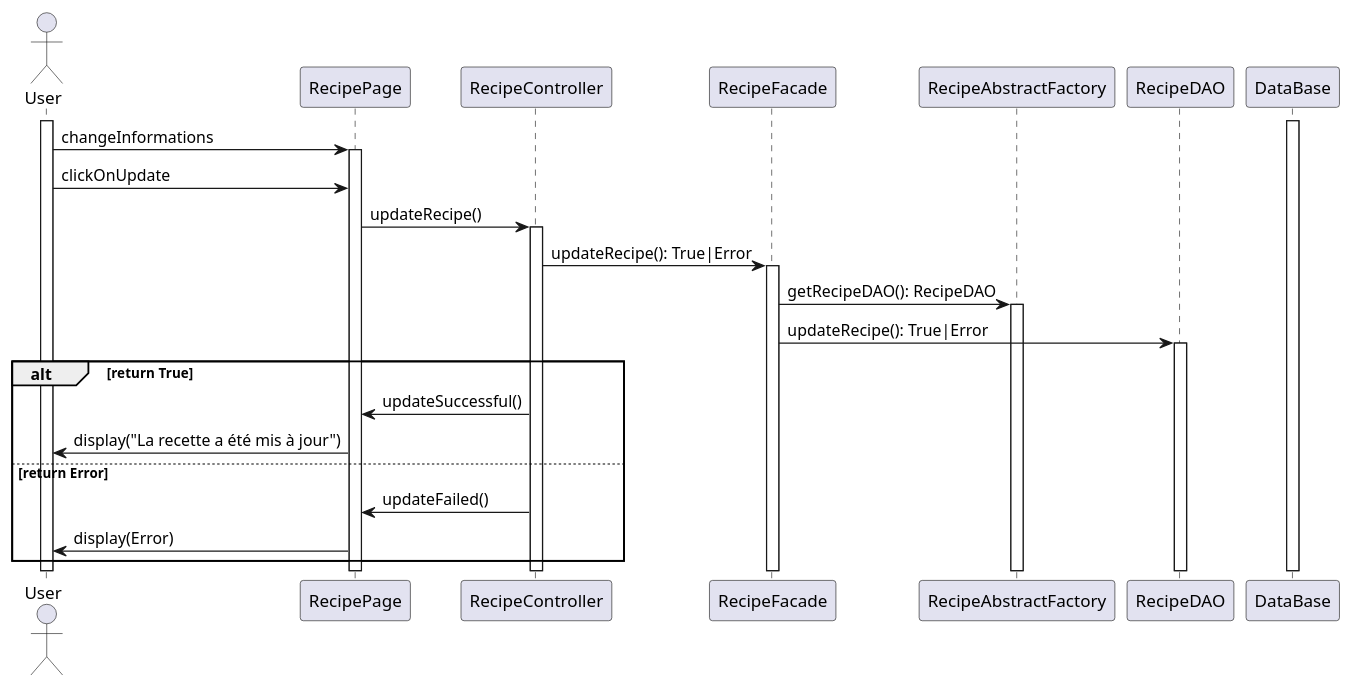
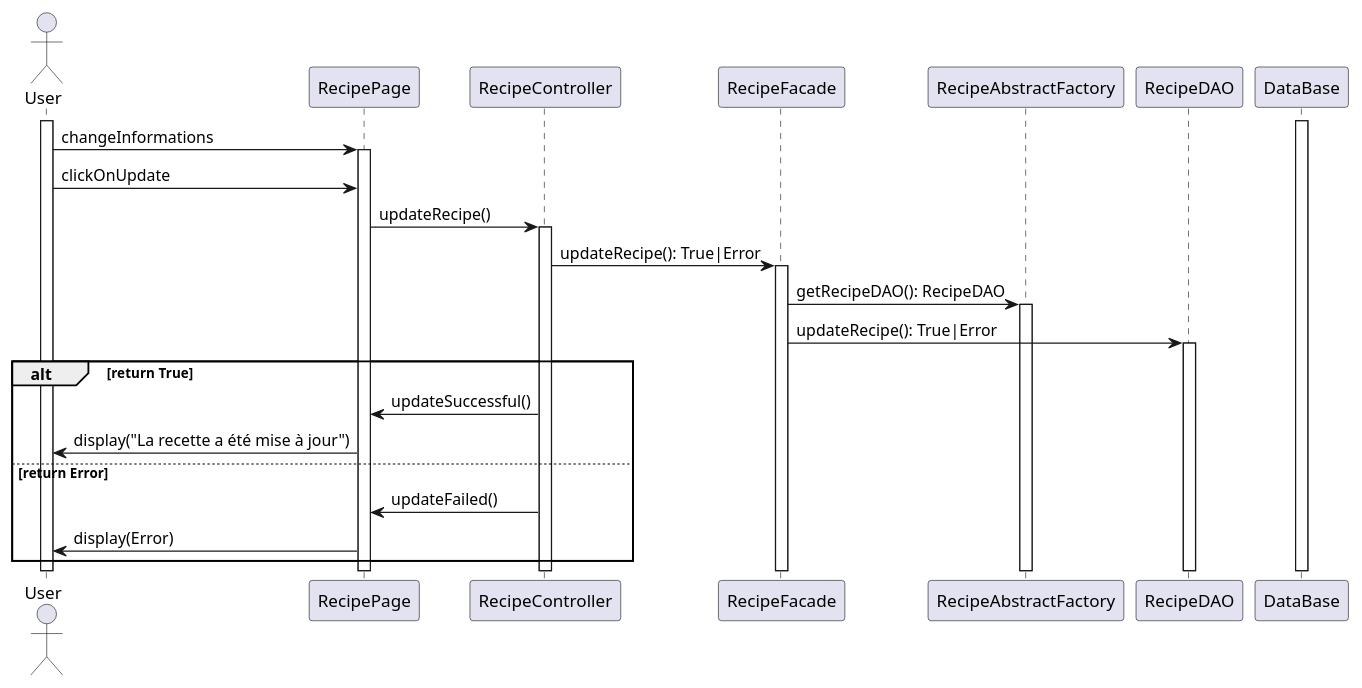
One commit to iusildra/WineCellar changed the diagram in doc/reports/prototype/plantuml/RecipeManagement/updateRecipeSequence.plantuml. Above: the diagram before and after it, drawn with PlantUML. The commit also changed 3 other files, not shown here.

Commit message:
diagramm for ingredient management

```diff
--- a/doc/reports/prototype/plantuml/RecipeManagement/updateRecipeSequence.plantuml
+++ b/doc/reports/prototype/plantuml/RecipeManagement/updateRecipeSequence.plantuml
@@ -1,36 +1,36 @@
-@startuml CreateRecipe
+@startuml UpdateRecipe
 skinparam responseMessageBelowArrow true
 
 actor User
 participant RecipePage
 participant RecipeController
 participant RecipeFacade
 participant RecipeAbstractFactory
 participant RecipeDAO
 participant DataBase
 
 activate User
 activate DataBase
 
 User -> RecipePage++ : changeInformations
 User -> RecipePage : clickOnUpdate
 
 RecipePage -> RecipeController++ : updateRecipe()
 
 RecipeController -> RecipeFacade++ : updateRecipe(): True|Error
 
 RecipeFacade -> RecipeAbstractFactory++ : getRecipeDAO(): RecipeDAO
 RecipeFacade -> RecipeDAO++ : updateRecipe(): True|Error
 
 alt return True
   RecipeController -> RecipePage : updateSuccessful()
 
-  RecipePage -> User : display("La recette a été mis à jour")
+  RecipePage -> User : display("La recette a été mise à jour")
 
 else return Error
   RecipeController -> RecipePage : updateFailed()
 
   RecipePage -> User : display(Error)
 end
 
 @enduml
```
